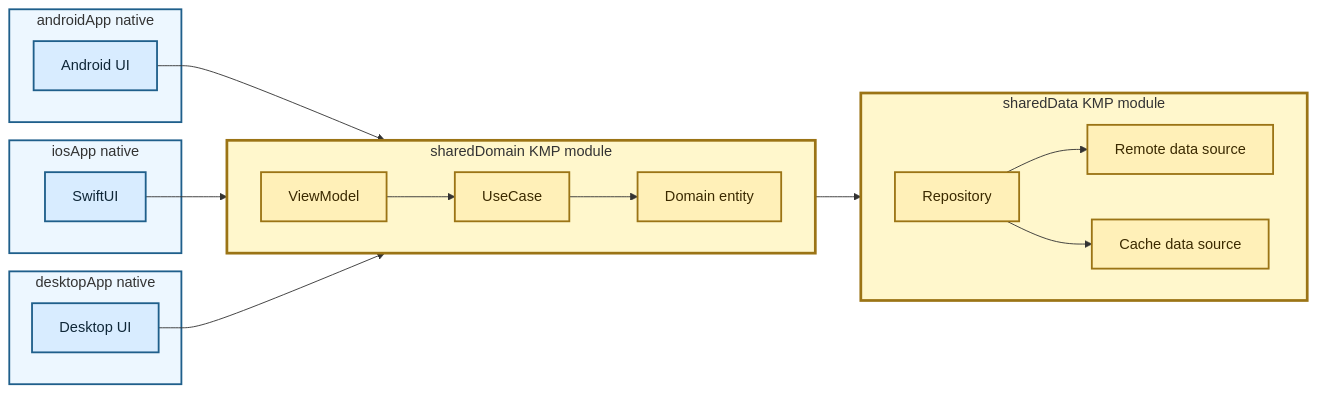
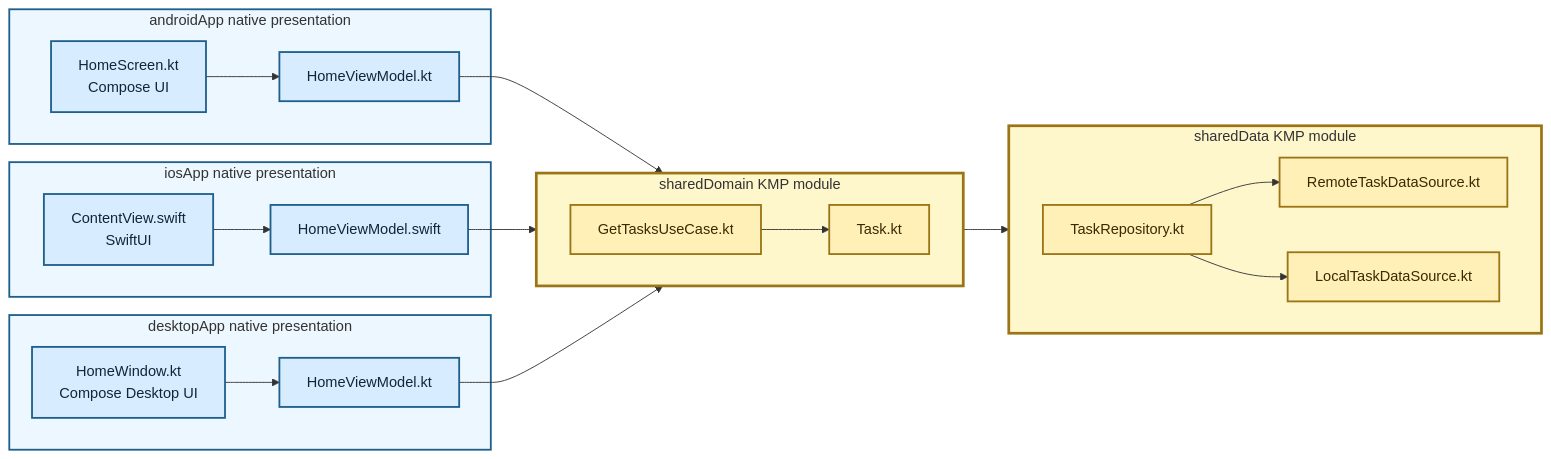
One commit to TheSetox/kmp-sample-diagrams changed the diagram in diagrams/18-three-layer-kmp-domain-data.md. Above: the diagram before and after it, drawn with Mermaid. The commit also changed other lines of this file and 28 other files, not shown here.

Commit message:
docs: reassess diagram layer boundaries

````diff
--- a/diagrams/18-three-layer-kmp-domain-data.md
+++ b/diagrams/18-three-layer-kmp-domain-data.md
@@ -5,46 +5,51 @@
 ```mermaid
 flowchart LR
-  subgraph Android["androidApp native"]
-    AndroidUI["Android UI"]
+  subgraph Android["androidApp native presentation"]
+    AUI["HomeScreen.kt\nCompose UI"]
+    AVM["HomeViewModel.kt"]
+    AUI --> AVM
   end
 
-  subgraph IOS["iosApp native"]
-    IOSUI["SwiftUI"]
+  subgraph IOS["iosApp native presentation"]
+    IUI["ContentView.swift\nSwiftUI"]
+    IVM["HomeViewModel.swift"]
+    IUI --> IVM
   end
 
-  subgraph Desktop["desktopApp native"]
-    DesktopUI["Desktop UI"]
+  subgraph Desktop["desktopApp native presentation"]
+    DUI["HomeWindow.kt\nCompose Desktop UI"]
+    DVM["HomeViewModel.kt"]
+    DUI --> DVM
   end
 
   subgraph Domain["sharedDomain KMP module"]
     direction LR
-    VM["ViewModel"]
-    UseCase["UseCase"]
-    Entity["Domain entity"]
-    VM --> UseCase --> Entity
+    UseCase["GetTasksUseCase.kt"]
+    Entity["Task.kt"]
+    UseCase --> Entity
   end
 
   subgraph Data["sharedData KMP module"]
     direction LR
-    Repository["Repository"]
-    Remote["Remote data source"]
-    Cache["Cache data source"]
+    Repository["TaskRepository.kt"]
+    Remote["RemoteTaskDataSource.kt"]
+    Cache["LocalTaskDataSource.kt"]
     Repository --> Remote
     Repository --> Cache
   end
 
-  AndroidUI --> VM
-  IOSUI --> VM
-  DesktopUI --> VM
+  AVM --> UseCase
+  IVM --> UseCase
+  DVM --> UseCase
   UseCase --> Repository
 
   classDef app fill:#d8ecff,stroke:#1f5f8b,color:#0f2738,stroke-width:2px;
   classDef kmp fill:#fff0b8,stroke:#9b7415,color:#3b2a00,stroke-width:2px;
-  class AndroidUI,IOSUI,DesktopUI app;
-  class VM,UseCase,Entity,Repository,Remote,Cache kmp;
+  class AUI,AVM,IUI,IVM,DUI,DVM app;
+  class UseCase,Entity,Repository,Remote,Cache kmp;
   style Android fill:#edf7ff,stroke:#1f5f8b,stroke-width:2px
   style IOS fill:#edf7ff,stroke:#1f5f8b,stroke-width:2px
   style Desktop fill:#edf7ff,stroke:#1f5f8b,stroke-width:2px
   style Domain fill:#fff7cc,stroke:#9b7415,stroke-width:3px
   style Data fill:#fff7cc,stroke:#9b7415,stroke-width:3px
 ```
````
